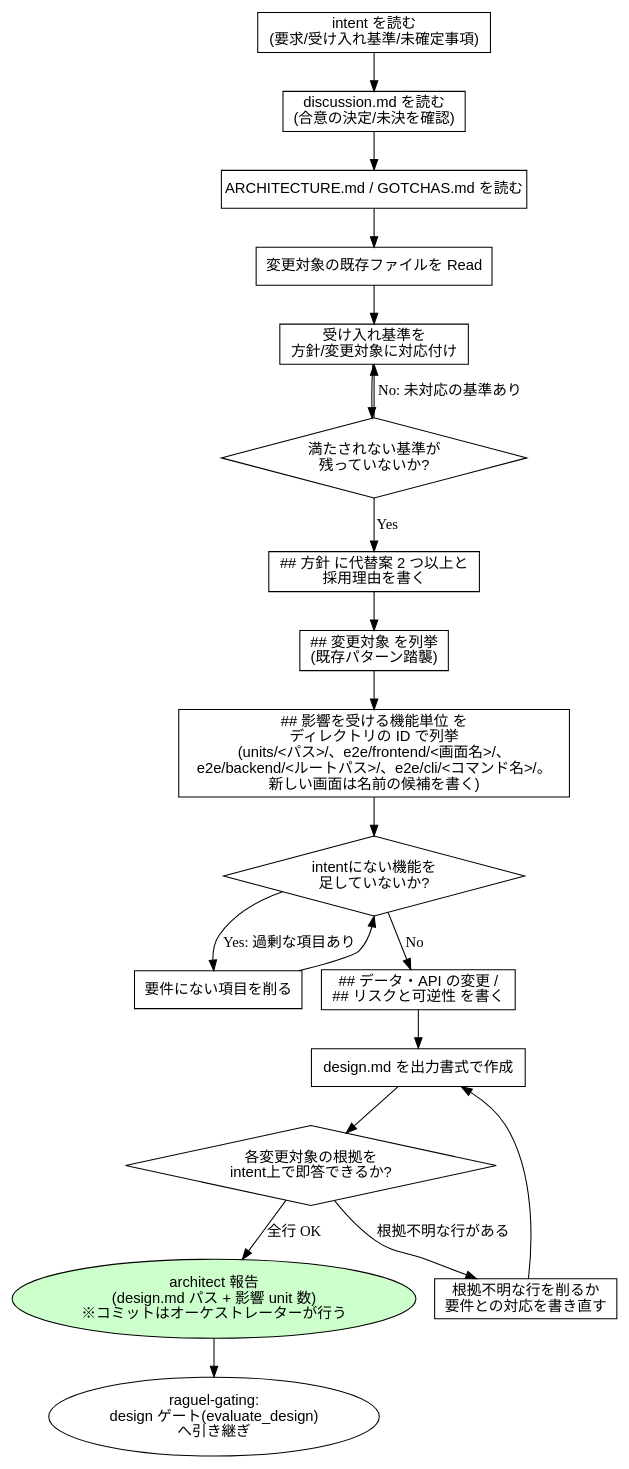
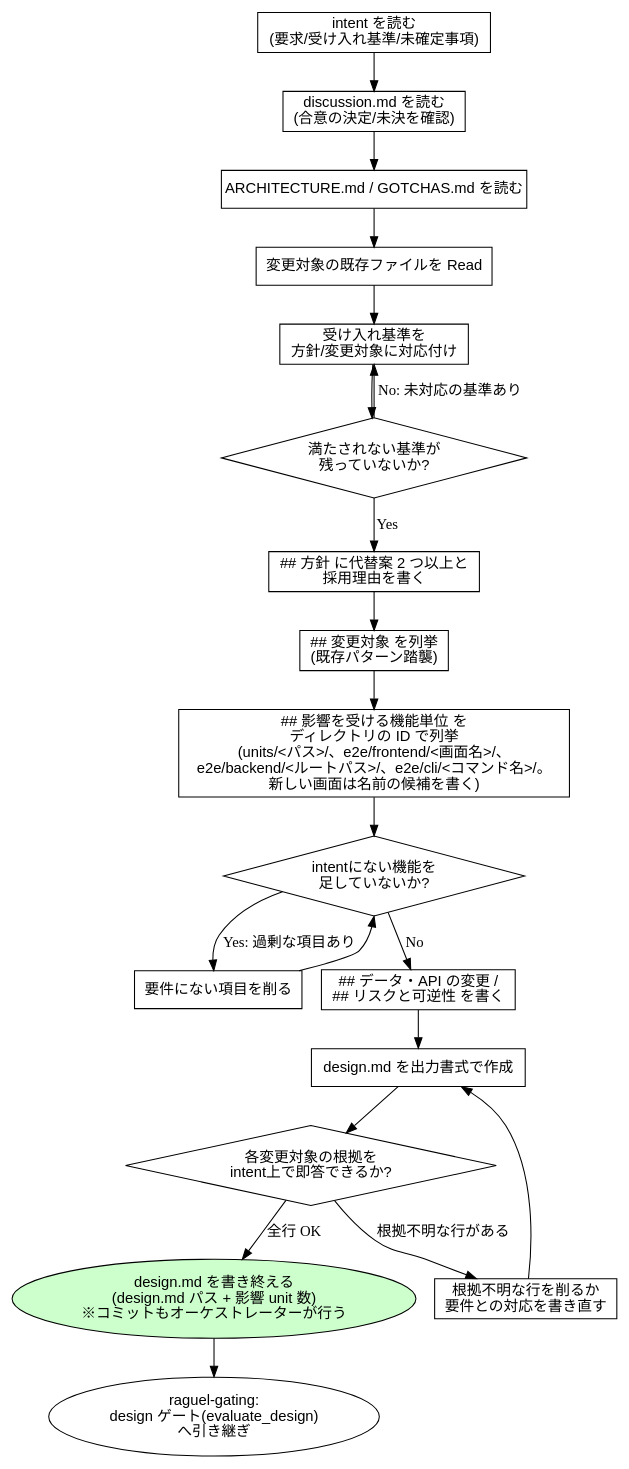
Before and after one commit to Amatsuka-kobo/amatsuka-claude-plugins: the third of 15 diagrams in plugins/codiel/docs/skill-flowcharts.md, drawn with Graphviz. The commit also changed other lines of this file and 7 other files, not shown here.

````diff
--- a/plugins/codiel/docs/skill-flowcharts.md
+++ b/plugins/codiel/docs/skill-flowcharts.md
@@ -66,37 +66,37 @@
 ```dot
 digraph writing_design_docs {
   rankdir=TB;
   node [fontname="sans-serif"];
 
   read_issue [label="intent を読む\n(要求/受け入れ基準/未確定事項)", shape=box];
   read_discussion [label="discussion.md を読む\n(合意の決定/未決を確認)", shape=box];
   read_docs [label="ARCHITECTURE.md / GOTCHAS.md を読む", shape=box];
   read_existing [label="変更対象の既存ファイルを Read", shape=box];
   map_criteria [label="受け入れ基準を\n方針/変更対象に対応付け", shape=box];
   check_criteria [label="満たされない基準が\n残っていないか?", shape=diamond];
   alternatives [label="## 方針 に代替案 2 つ以上と\n採用理由を書く", shape=box];
   targets [label="## 変更対象 を列挙\n(既存パターン踏襲)", shape=box];
   units [label="## 影響を受ける機能単位 を\nディレクトリの ID で列挙\n(units/<パス>/、e2e/frontend/<画面名>/、\ne2e/backend/<ルートパス>/、e2e/cli/<コマンド名>/。\n新しい画面は名前の候補を書く)", shape=box];
   yagni [label="intentにない機能を\n足していないか?", shape=diamond];
   trim [label="要件にない項目を削る", shape=box];
   risk [label="## データ・API の変更 /\n## リスクと可逆性 を書く", shape=box];
   write [label="design.md を出力書式で作成", shape=box];
   selfcheck [label="各変更対象の根拠を\nintent上で即答できるか?", shape=diamond];
   demote [label="根拠不明な行を削るか\n要件との対応を書き直す", shape=box];
-  done [label="architect 報告\n(design.md パス + 影響 unit 数)\n※コミットはオーケストレーターが行う", shape=ellipse, style=filled, fillcolor="#ccffcc"];
+  done [label="design.md を書き終える\n(design.md パス + 影響 unit 数)\n※コミットもオーケストレーターが行う", shape=ellipse, style=filled, fillcolor="#ccffcc"];
   gate [label="raguel-gating:\ndesign ゲート(evaluate_design)\nへ引き継ぎ", shape=ellipse];
 
   read_issue -> read_discussion -> read_docs -> read_existing -> map_criteria -> check_criteria;
   check_criteria -> map_criteria [label="No: 未対応の基準あり"];
   check_criteria -> alternatives [label="Yes"];
   alternatives -> targets -> units -> yagni;
   yagni -> trim [label="Yes: 過剰な項目あり"];
   trim -> yagni;
   yagni -> risk [label="No"];
   risk -> write -> selfcheck;
   selfcheck -> demote [label="根拠不明な行がある"];
   demote -> write;
   selfcheck -> done [label="全行 OK"];
   done -> gate;
 }
 ```
````
